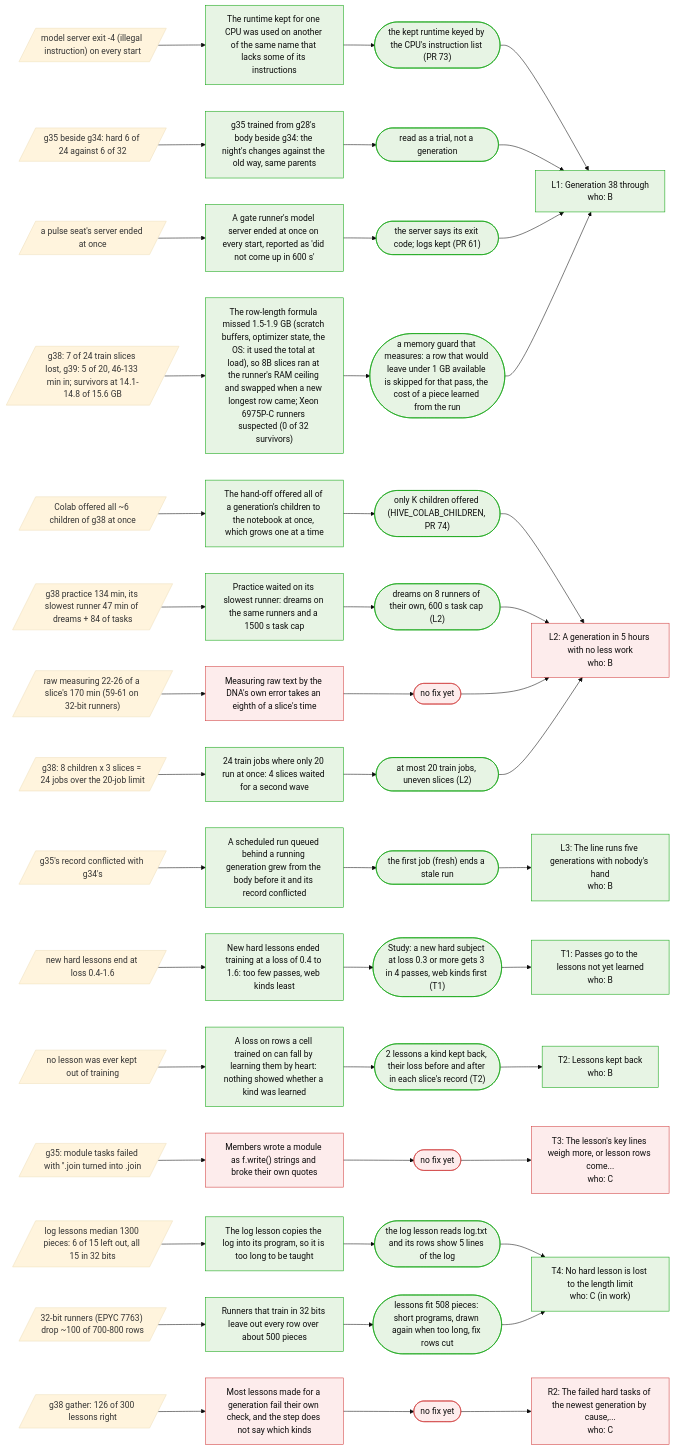
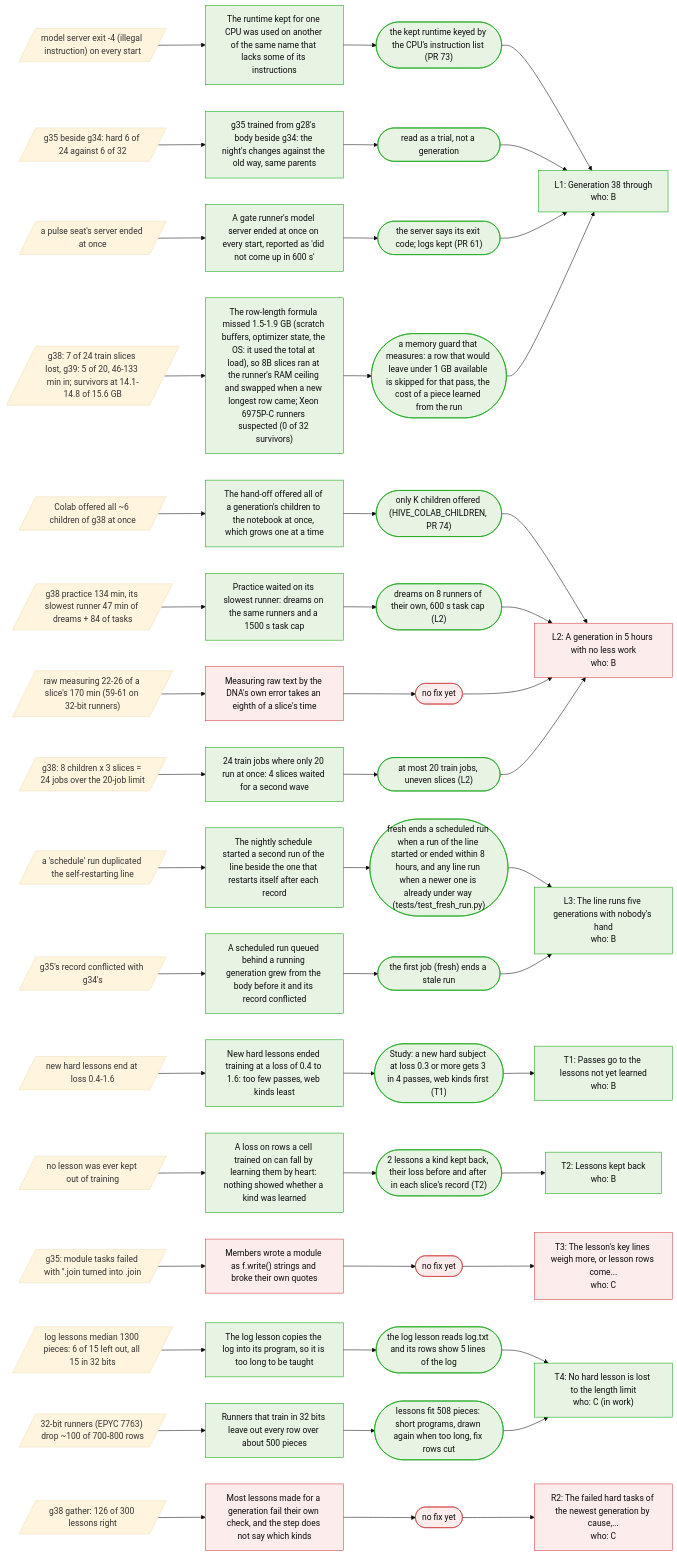
Before and after one commit to Arnav123-s/HiveMIND: the third of 4 diagrams in docs/KNOWLEDGE.md, drawn with Mermaid (base theme). The commit also changed other lines of this file and 4 other files, not shown here.

First line of the commit message:
fresh: the nightly schedule is a backstop only; a newer line run wins

````diff
--- a/docs/KNOWLEDGE.md
+++ b/docs/KNOWLEDGE.md
@@ -87,73 +87,77 @@
 ```mermaid
 flowchart LR
   pc_L1["L1: Generation 38 through<br/>who: B"]:::fixed
   pc_L2["L2: A generation in 5 hours with no less work<br/>who: B"]:::open
   pc_L3["L3: The line runs five generations with nobody's hand<br/>who: B"]:::fixed
   pc_T1["T1: Passes go to the lessons not yet learned<br/>who: B"]:::fixed
   pc_T2["T2: Lessons kept back<br/>who: B"]:::fixed
   pc_T3["T3: The lesson's key lines weigh more, or lesson rows come...<br/>who: C"]:::open
   pc_T4["T4: No hard lesson is lost to the length limit<br/>who: C (in work)"]:::fixed
   pc_R2["R2: The failed hard tasks of the newest generation by cause,...<br/>who: C"]:::open
   s_cpuflags[/"model server exit -4 (illegal instruction) on every start"/]
   c_cpuflags["The runtime kept for one CPU was used on another of the same name that lacks some of its instructions"]:::fixed
   x_cpuflags(["the kept runtime keyed by the CPU's instruction list (PR 73)"]):::fixed
   s_cpuflags --> c_cpuflags --> x_cpuflags --> pc_L1
   s_g35sibling[/"g35 beside g34: hard 6 of 24 against 6 of 32"/]
   c_g35sibling["g35 trained from g28's body beside g34: the night's changes against the old way, same parents"]:::fixed
   x_g35sibling(["read as a trial, not a generation"]):::fixed
   s_g35sibling --> c_g35sibling --> x_g35sibling --> pc_L1
   s_serverdeath[/"a pulse seat's server ended at once"/]
   c_serverdeath["A gate runner's model server ended at once on every start, reported as 'did not come up in 600 s'"]:::fixed
   x_serverdeath(["the server says its exit code; logs kept (PR 61)"]):::fixed
   s_serverdeath --> c_serverdeath --> x_serverdeath --> pc_L1
   s_slicememory[/"g38: 7 of 24 train slices lost, g39: 5 of 20, 46-133 min in; survivors at 14.1-14.8 of 15.6 GB"/]
   c_slicememory["The row-length formula missed 1.5-1.9 GB (scratch buffers, optimizer state, the OS: it used the total at load), so 8B slices ran at the runner's RAM ceiling and swapped when a new longest row came; Xeon 6975P-C runners suspected (0 of 32 survivors)"]:::fixed
   x_slicememory(["a memory guard that measures: a row that would leave under 1 GB available is skipped for that pass, the cost of a piece learned from the run"]):::fixed
   s_slicememory --> c_slicememory --> x_slicememory --> pc_L1
   s_colaball[/"Colab offered all ~6 children of g38 at once"/]
   c_colaball["The hand-off offered all of a generation's children to the notebook at once, which grows one at a time"]:::fixed
   x_colaball(["only K children offered (HIVE_COLAB_CHILDREN, PR 74)"]):::fixed
   s_colaball --> c_colaball --> x_colaball --> pc_L2
   s_practicetail[/"g38 practice 134 min, its slowest runner 47 min of dreams + 84 of tasks"/]
   c_practicetail["Practice waited on its slowest runner: dreams on the same runners and a 1500 s task cap"]:::fixed
   x_practicetail(["dreams on 8 runners of their own, 600 s task cap (L2)"]):::fixed
   s_practicetail --> c_practicetail --> x_practicetail --> pc_L2
   s_rawmeasure[/"raw measuring 22-26 of a slice's 170 min (59-61 on 32-bit runners)"/]
   c_rawmeasure["Measuring raw text by the DNA's own error takes an eighth of a slice's time"]:::open
   x_rawmeasure(["no fix yet"]):::open
   s_rawmeasure --> c_rawmeasure --> x_rawmeasure --> pc_L2
   s_twowaves[/"g38: 8 children x 3 slices = 24 jobs over the 20-job limit"/]
   c_twowaves["24 train jobs where only 20 run at once: 4 slices waited for a second wave"]:::fixed
   x_twowaves(["at most 20 train jobs, uneven slices (L2)"]):::fixed
   s_twowaves --> c_twowaves --> x_twowaves --> pc_L2
+  s_scheduledup[/"a 'schedule' run duplicated the self-restarting line"/]
+  c_scheduledup["The nightly schedule started a second run of the line beside the one that restarts itself after each record"]:::fixed
+  x_scheduledup(["fresh ends a scheduled run when a run of the line started or ended within 8 hours, and any line run when a newer one is already under way (tests/test_fresh_run.py)"]):::fixed
+  s_scheduledup --> c_scheduledup --> x_scheduledup --> pc_L3
   s_stalebody[/"g35's record conflicted with g34's"/]
   c_stalebody["A scheduled run queued behind a running generation grew from the body before it and its record conflicted"]:::fixed
   x_stalebody(["the first job (fresh) ends a stale run"]):::fixed
   s_stalebody --> c_stalebody --> x_stalebody --> pc_L3
   s_fewpasses[/"new hard lessons end at loss 0.4-1.6"/]
   c_fewpasses["New hard lessons ended training at a loss of 0.4 to 1.6: too few passes, web kinds least"]:::fixed
   x_fewpasses(["Study: a new hard subject at loss 0.3 or more gets 3 in 4 passes, web kinds first (T1)"]):::fixed
   s_fewpasses --> c_fewpasses --> x_fewpasses --> pc_T1
   s_keptback[/"no lesson was ever kept out of training"/]
   c_keptback["A loss on rows a cell trained on can fall by learning them by heart: nothing showed whether a kind was learned"]:::fixed
   x_keptback(["2 lessons a kind kept back, their loss before and after in each slice's record (T2)"]):::fixed
   s_keptback --> c_keptback --> x_keptback --> pc_T2
   s_modulestring[/"g35: module tasks failed with ''.join turned into .join"/]
   c_modulestring["Members wrote a module as f.write() strings and broke their own quotes"]:::open
   x_modulestring(["no fix yet"]):::open
   s_modulestring --> c_modulestring --> x_modulestring --> pc_T3
   s_loglesson[/"log lessons median 1300 pieces: 6 of 15 left out, all 15 in 32 bits"/]
   c_loglesson["The log lesson copies the log into its program, so it is too long to be taught"]:::fixed
   x_loglesson(["the log lesson reads log.txt and its rows show 5 lines of the log"]):::fixed
   s_loglesson --> c_loglesson --> x_loglesson --> pc_T4
   s_rows32[/"32-bit runners (EPYC 7763) drop ~100 of 700-800 rows"/]
   c_rows32["Runners that train in 32 bits leave out every row over about 500 pieces"]:::fixed
   x_rows32(["lessons fit 508 pieces: short programs, drawn again when too long, fix rows cut"]):::fixed
   s_rows32 --> c_rows32 --> x_rows32 --> pc_T4
   s_lessonswrong[/"g38 gather: 126 of 300 lessons right"/]
   c_lessonswrong["Most lessons made for a generation fail their own check, and the step does not say which kinds"]:::open
   x_lessonswrong(["no fix yet"]):::open
   s_lessonswrong --> c_lessonswrong --> x_lessonswrong --> pc_R2
   classDef fixed fill:#e7f4e4,stroke:#0ca30c,color:#0b0b0b
   classDef open fill:#fdecec,stroke:#d03b3b,color:#0b0b0b
 ```
````
